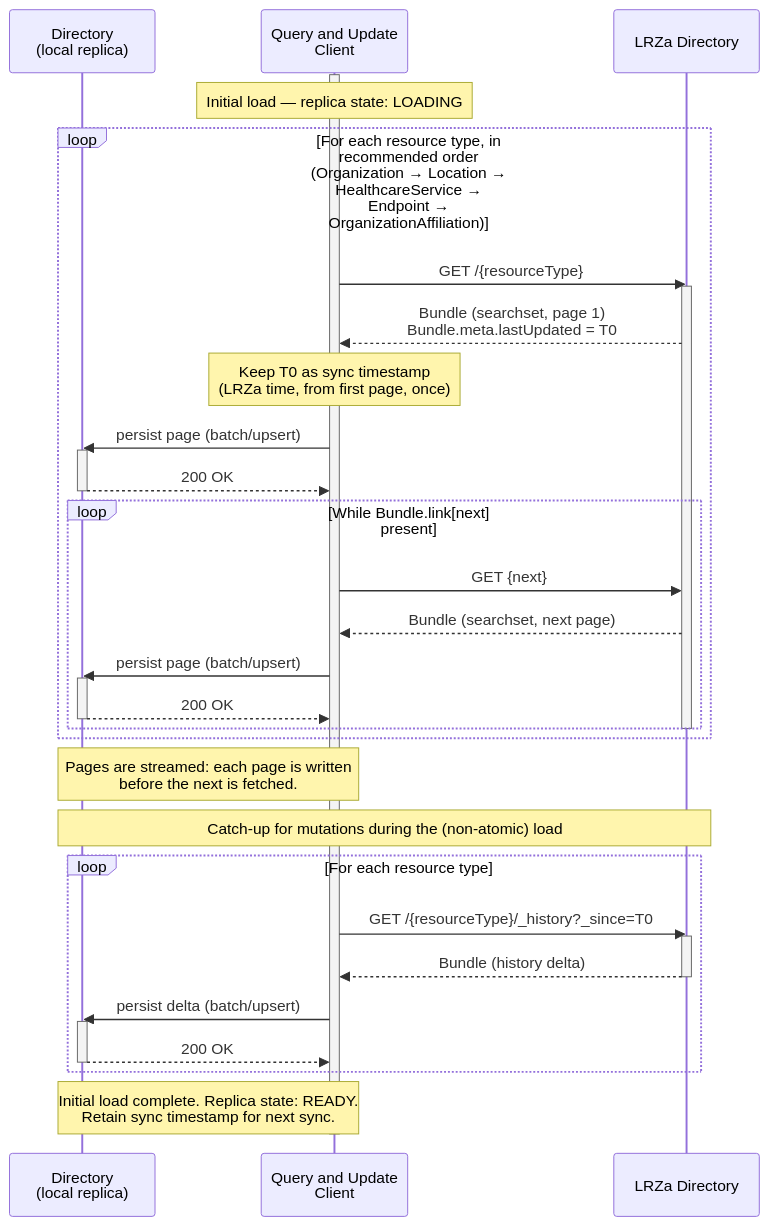
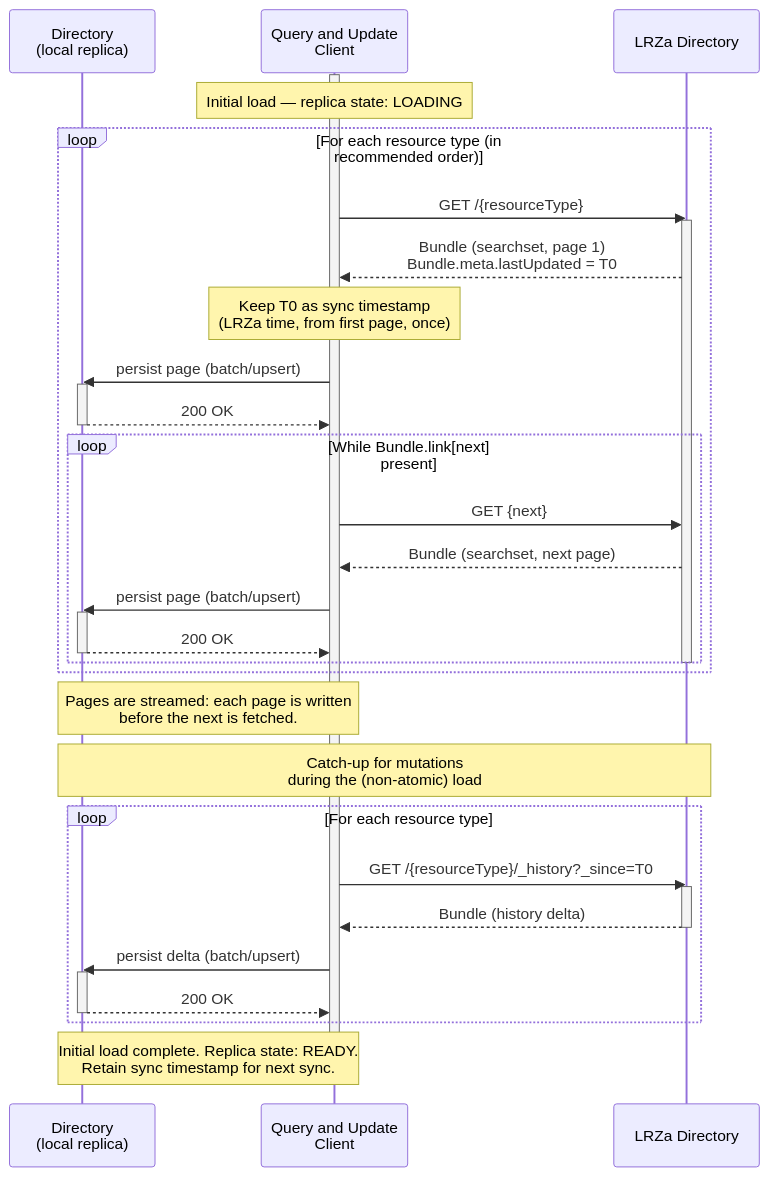
One commit to minvws/generiekefuncties-docs changed the third of 8 diagrams in input/pagecontent/care-services.md. Above: the diagram before and after it, drawn with Mermaid. The commit also changed other lines of this file and 2 other files, not shown here.

Commit message:
fix mermaid scaling

````diff
--- a/input/pagecontent/care-services.md
+++ b/input/pagecontent/care-services.md
@@ -347,43 +347,43 @@
 ```mermaid
 sequenceDiagram
     participant QD as Directory<br/>(local replica)
     participant QUC as Query and Update<br/>Client
     participant LRZa as LRZa Directory
 
     activate QUC
     Note over QUC: Initial load — replica state: LOADING
-    loop For each resource type, in recommended order (Organization → Location → HealthcareService → Endpoint → OrganizationAffiliation)
+    loop For each resource type (in recommended order)
         QUC->>LRZa: GET /{resourceType}
         activate LRZa
         LRZa-->>QUC: Bundle (searchset, page 1)<br/>Bundle.meta.lastUpdated = T0
         Note over QUC: Keep T0 as sync timestamp<br/>(LRZa time, from first page, once)
         QUC->>QD: persist page (batch/upsert)
         activate QD
         QD-->>QUC: 200 OK
         deactivate QD
         loop While Bundle.link[next] present
             QUC->>LRZa: GET {next}
             LRZa-->>QUC: Bundle (searchset, next page)
             QUC->>QD: persist page (batch/upsert)
             activate QD
             QD-->>QUC: 200 OK
             deactivate QD
         end
         deactivate LRZa
     end
     Note over QUC,QD: Pages are streamed: each page is written<br/>before the next is fetched.
 
-    Note over QD,LRZa: Catch-up for mutations during the (non-atomic) load
+    Note over QD,LRZa: Catch-up for mutations<br/>during the (non-atomic) load
     loop For each resource type
         QUC->>LRZa: GET /{resourceType}/_history?_since=T0
         activate LRZa
         LRZa-->>QUC: Bundle (history delta)
         deactivate LRZa
         QUC->>QD: persist delta (batch/upsert)
         activate QD
         QD-->>QUC: 200 OK
         deactivate QD
     end
     Note over QUC,QD: Initial load complete. Replica state: READY.<br/>Retain sync timestamp for next sync.
     deactivate QUC
 ```
````
